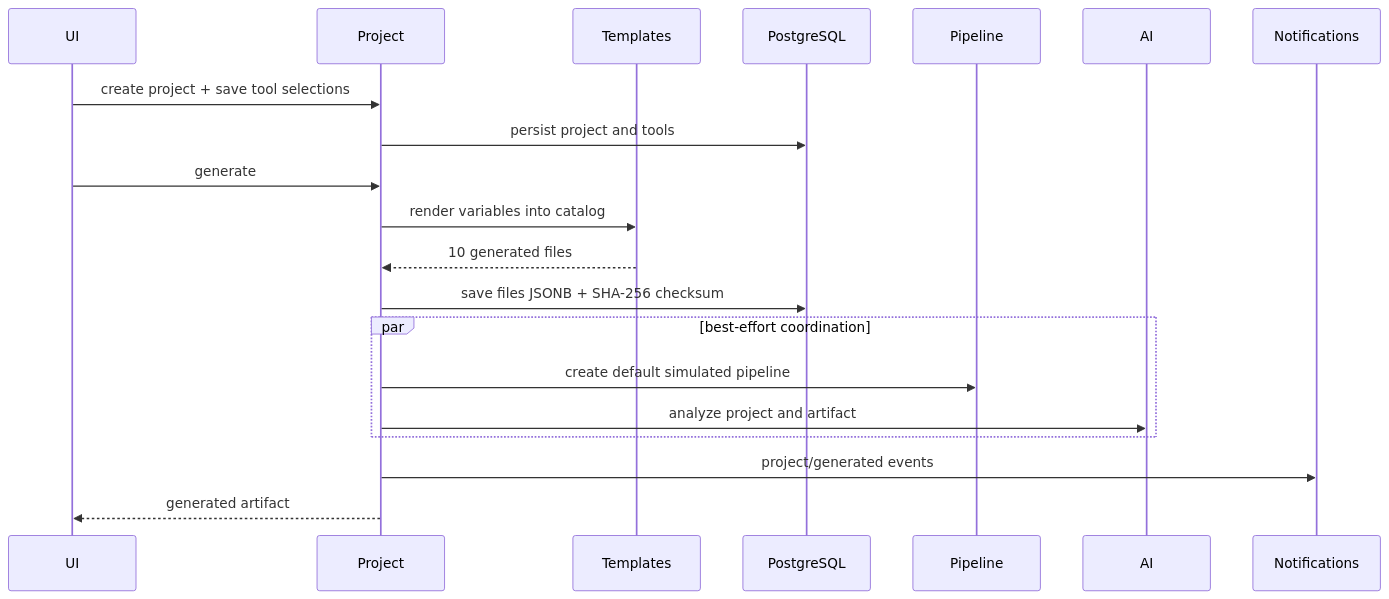
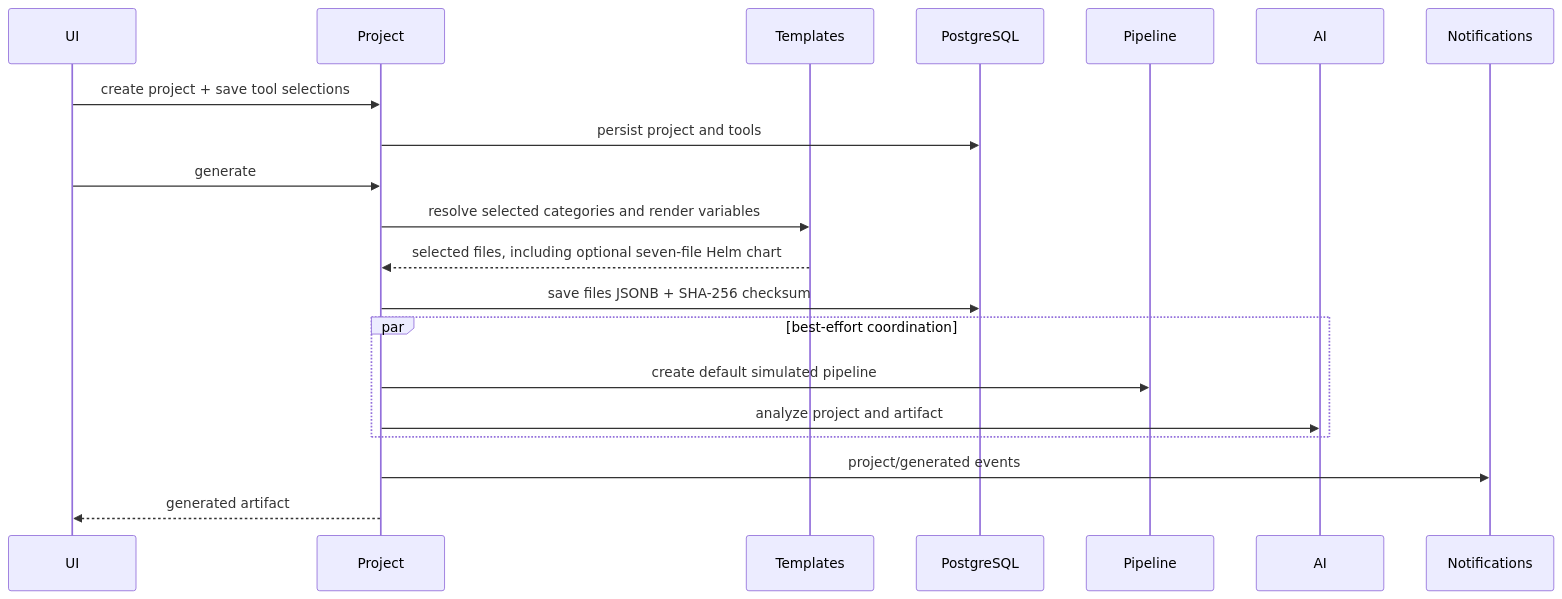
One commit to devkumarbaheti2507/BuildSphere changed the fifth of 10 diagrams in docs/15_PROJECT_KNOWLEDGE_GRAPH.md. Above: the diagram before and after it, drawn with Mermaid. The commit also changed other lines of this file and 41 other files, not shown here.

Commit message:
feat: add Phase 7 Helm chart generation

````diff
--- a/docs/15_PROJECT_KNOWLEDGE_GRAPH.md
+++ b/docs/15_PROJECT_KNOWLEDGE_GRAPH.md
@@ -260,22 +263,22 @@
 ```mermaid
 sequenceDiagram
   participant UI
   participant Project
   participant Templates
   participant DB as PostgreSQL
   participant Pipeline
   participant AI
   participant Notify as Notifications
   UI->>Project: create project + save tool selections
   Project->>DB: persist project and tools
   UI->>Project: generate
-  Project->>Templates: render variables into catalog
-  Templates-->>Project: 10 generated files
+  Project->>Templates: resolve selected categories and render variables
+  Templates-->>Project: selected files, including optional seven-file Helm chart
   Project->>DB: save files JSONB + SHA-256 checksum
   par best-effort coordination
     Project->>Pipeline: create default simulated pipeline
     Project->>AI: analyze project and artifact
   end
   Project->>Notify: project/generated events
   Project-->>UI: generated artifact
 ```
````
